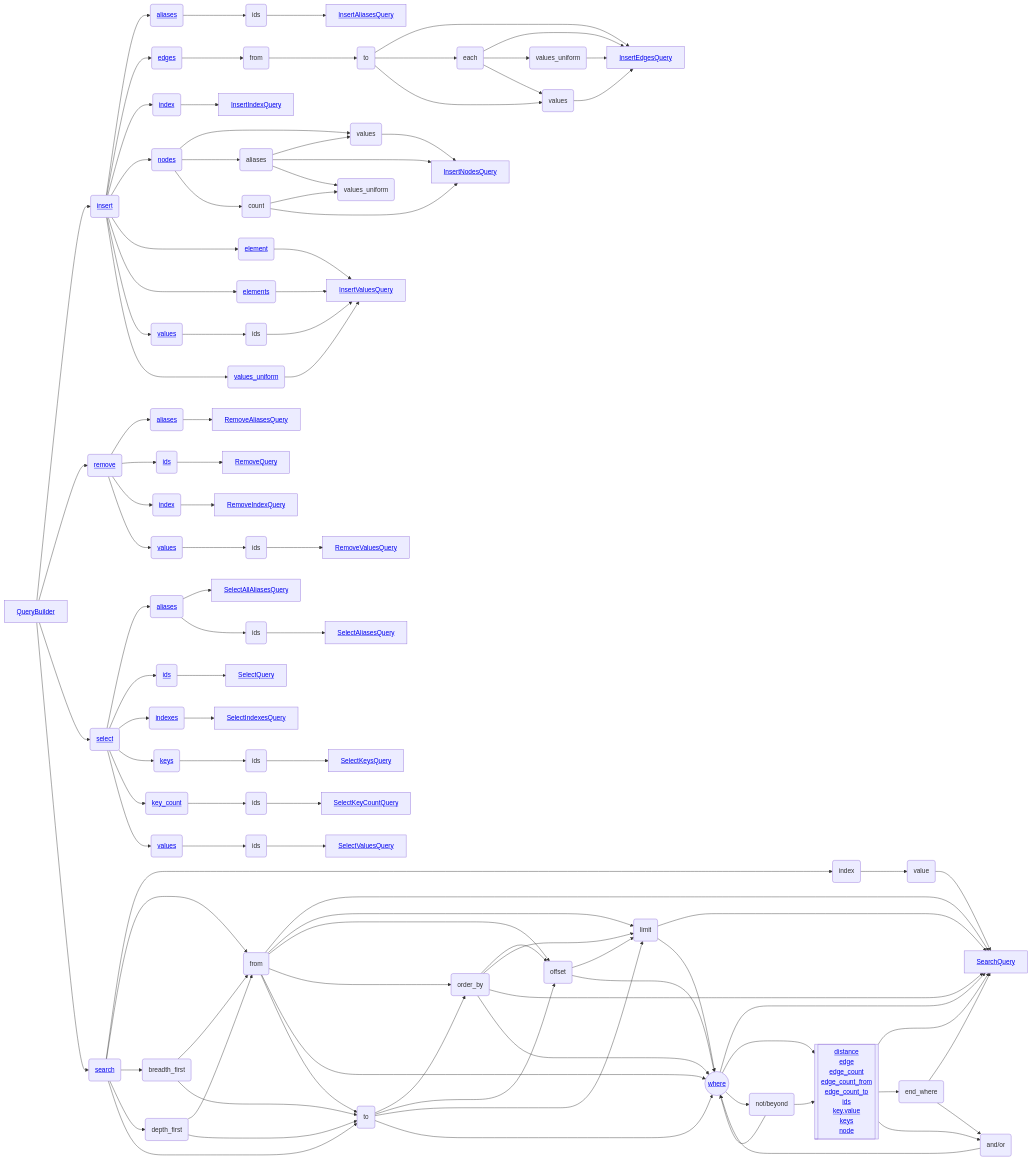
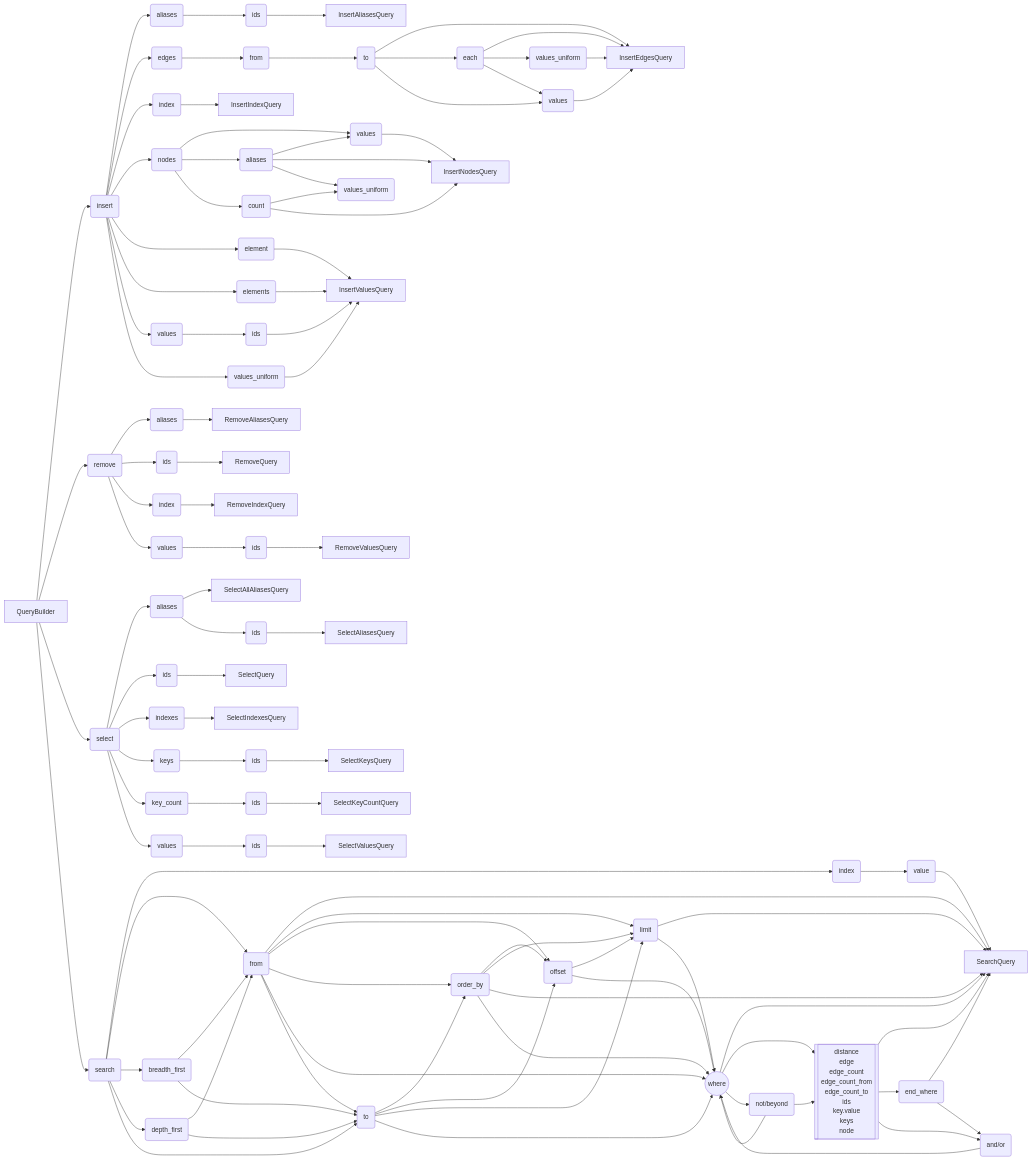
Before and after one commit to agnesoft/agdb: the diagram in docs/queries.md, drawn with Mermaid. The commit also changed other lines of this file and 1 other file, not shown here.

Commit message:
[docs] Fix mermaid links #1041 (#1043)
* fix diagram in readme

* add disclaimer

* Update README.md

* fix queries diagram

````diff
--- a/docs/queries.md
+++ b/docs/queries.md
@@ -3,46 +5,46 @@
 ```mermaid
 flowchart LR
 
-    QueryBuilder["<a href='https://docs.rs/agdb/latest/agdb/struct.QueryBuilder.html'>QueryBuilder</a>"] --> insert("<a href='https://github.com/agnesoft/agdb/blob/main/docs/queries.md#insert'>insert</a>")
-    QueryBuilder --> remove("<a href='https://github.com/agnesoft/agdb/blob/main/docs/queries.md#remove'>remove</a>")
-    QueryBuilder --> select("<a href='https://github.com/agnesoft/agdb/blob/main/docs/queries.md#select'>select</a>")
-    QueryBuilder --> search("<a href='https://github.com/agnesoft/agdb/blob/main/docs/queries.md#search'>search</a>")
+    QueryBuilder --> insert("insert")
+    QueryBuilder --> remove("remove")
+    QueryBuilder --> select("select")
+    QueryBuilder --> search("search")
 
-    insert --> i_aliases("<a href='https://github.com/agnesoft/agdb/blob/main/docs/queries.md#insert-aliases'>aliases</a>") --> i_a_ids("ids") --> InsertAliasesQuery["<a href='https://github.com/agnesoft/agdb/blob/main/docs/queries.md#insert-aliases'>InsertAliasesQuery</a>"]
-    insert --> i_edges("<a href='https://github.com/agnesoft/agdb/blob/main/docs/queries.md#insert-edges'>edges</a>") --> i_e_from("from") --> i_e_to("to") --> InsertEdgesQuery["<a href='https://github.com/agnesoft/agdb/blob/main/docs/queries.md#insert-edges'>InsertEdgesQuery</a>"]
+    insert --> i_aliases("aliases") --> i_a_ids("ids") --> InsertAliasesQuery["InsertAliasesQuery"]
+    insert --> i_edges("edges") --> i_e_from("from") --> i_e_to("to") --> InsertEdgesQuery["InsertEdgesQuery"]
     i_e_to --> each("each") --> InsertEdgesQuery
     i_e_to --> i_e_values("values")
     each --> i_e_values_uniform("values_uniform") --> InsertEdgesQuery
     each --> i_e_values("values") --> InsertEdgesQuery
-    insert --> i_index("<a href='https://github.com/agnesoft/agdb/blob/main/docs/queries.md#insert-index'>index</a>") --> InsertIndexQuery["<a href='https://github.com/agnesoft/agdb/blob/main/docs/queries.md#insert-index'>InsertIndexQuery</a>"]
-    insert --> i_nodes("<a href='https://github.com/agnesoft/agdb/blob/main/docs/queries.md#insert-nodes'>nodes</a>")
-    i_nodes --> i_n_values("values") --> InsertNodesQuery["<a href='https://github.com/agnesoft/agdb/blob/main/docs/queries.md#insert-nodes'>InsertNodesQuery</a>"]
+    insert --> i_index("index") --> InsertIndexQuery["InsertIndexQuery"]
+    insert --> i_nodes("nodes")
+    i_nodes --> i_n_values("values") --> InsertNodesQuery["InsertNodesQuery"]
     i_nodes --> i_n_aliases("aliases")
     i_n_count --> i_n_values_uniform("values_uniform")
     i_n_aliases --> i_n_values
     i_n_aliases --> InsertNodesQuery
     i_n_aliases --> i_n_values_uniform
     i_nodes --> i_n_count("count") --> InsertNodesQuery
-    insert --> i_element("<a href='https://github.com/agnesoft/agdb/blob/main/docs/queries.md#insert-values'>element</a>") --> InsertValuesQuery["<a href='https://github.com/agnesoft/agdb/blob/main/docs/queries.md#insert-values'>InsertValuesQuery</a>"]
-    insert --> i_elements("<a href='https://github.com/agnesoft/agdb/blob/main/docs/queries.md#insert-values'>elements</a>") --> InsertValuesQuery
-    insert --> i_values("<a href='https://github.com/agnesoft/agdb/blob/main/docs/queries.md#insert-values'>values</a>")
+    insert --> i_element("element") --> InsertValuesQuery["InsertValuesQuery"]
+    insert --> i_elements("elements") --> InsertValuesQuery
+    insert --> i_values("values")
     i_values --> i_v_ids("ids") --> InsertValuesQuery
-    insert --> i_values_uniform("<a href='https://github.com/agnesoft/agdb/blob/main/docs/queries.md#insert-values'>values_uniform</a>") --> InsertValuesQuery
+    insert --> i_values_uniform("values_uniform") --> InsertValuesQuery
 
-    remove --> r_aliases("<a href='https://github.com/agnesoft/agdb/blob/main/docs/queries.md#remove-aliases'>aliases</a>") --> RemoveAliasesQuery["<a href='https://github.com/agnesoft/agdb/blob/main/docs/queries.md#remove-aliases'>RemoveAliasesQuery</a>"]
-    remove --> r_ids("<a href='https://github.com/agnesoft/agdb/blob/main/docs/queries.md#remove-elements'>ids</a>") --> RemoveQuery["<a href='https://github.com/agnesoft/agdb/blob/main/docs/queries.md#remove-elements'>RemoveQuery</a>"]
-    remove --> r_index("<a href='https://github.com/agnesoft/agdb/blob/main/docs/queries.md#remove-index'>index</a>") --> RemoveIndexQuery["<a href='https://github.com/agnesoft/agdb/blob/main/docs/queries.md#remove-index'>RemoveIndexQuery</a>"]
-    remove --> r_values("<a href='https://github.com/agnesoft/agdb/blob/main/docs/queries.md#remove-values'>values</a>") --> r_v_ids("ids") --> RemoveValuesQuery["<a href='https://github.com/agnesoft/agdb/blob/main/docs/queries.md#remove-values'>RemoveValuesQuery</a>"]
+    remove --> r_aliases("aliases") --> RemoveAliasesQuery["RemoveAliasesQuery"]
+    remove --> r_ids("ids") --> RemoveQuery["RemoveQuery"]
+    remove --> r_index("index") --> RemoveIndexQuery["RemoveIndexQuery"]
+    remove --> r_values("values") --> r_v_ids("ids") --> RemoveValuesQuery["RemoveValuesQuery"]
 
-    select --> s_aliases("<a href='https://github.com/agnesoft/agdb/blob/main/docs/queries.md#select-aliases'>aliases</a>") --> SelectAllAliasesQuery["<a href='https://github.com/agnesoft/agdb/blob/main/docs/queries.md#select-all-aliases'>SelectAllAliasesQuery</a>"]
-    s_aliases --> s_a_ids("ids") --> SelectAliasesQuery["<a href='https://github.com/agnesoft/agdb/blob/main/docs/queries.md#select-aliases'>SelectAliasesQuery</a>"]
-    select --> s_ids("<a href='https://github.com/agnesoft/agdb/blob/main/docs/queries.md#select-elements'>ids</a>") --> SelectQuery["<a href='https://github.com/agnesoft/agdb/blob/main/docs/queries.md#select-elements'>SelectQuery</a>"]
-    select --> s_indexes("<a href='https://github.com/agnesoft/agdb/blob/main/docs/queries.md#select-indexes'>indexes</a>") --> SelectIndexesQuery["<a href='https://github.com/agnesoft/agdb/blob/main/docs/queries.md#select-indexes'>SelectIndexesQuery</a>"]
-    select --> s_keys("<a href='https://github.com/agnesoft/agdb/blob/main/docs/queries.md#select-keys'>keys</a>") --> s_k_ids("ids") --> SelectKeysQuery["<a href='https://github.com/agnesoft/agdb/blob/main/docs/queries.md#select-keys'>SelectKeysQuery</a>"]
-    select --> key_count("<a href='https://github.com/agnesoft/agdb/blob/main/docs/queries.md#select-key-count'>key_count</a>") --> s_k_c_ids("ids") --> SelectKeyCountQuery["<a href='https://github.com/agnesoft/agdb/blob/main/docs/queries.md#select-key-count'>SelectKeyCountQuery</a>"]
-    select --> values("<a href='https://github.com/agnesoft/agdb/blob/main/docs/queries.md#select-values'>values</a>") --> s_v_ids("ids") --> SelectValuesQuery["<a href='https://github.com/agnesoft/agdb/blob/main/docs/queries.md#select-values'>SelectValuesQuery</a>"]
+    select --> s_aliases("aliases") --> SelectAllAliasesQuery["SelectAllAliasesQuery"]
+    s_aliases --> s_a_ids("ids") --> SelectAliasesQuery["SelectAliasesQuery"]
+    select --> s_ids("ids") --> SelectQuery["SelectQuery"]
+    select --> s_indexes("indexes") --> SelectIndexesQuery["SelectIndexesQuery"]
+    select --> s_keys("keys") --> s_k_ids("ids") --> SelectKeysQuery["SelectKeysQuery"]
+    select --> key_count("key_count") --> s_k_c_ids("ids") --> SelectKeyCountQuery["SelectKeyCountQuery"]
+    select --> values("values") --> s_v_ids("ids") --> SelectValuesQuery["SelectValuesQuery"]
 
-    search --> index("index") --> s_i_value("value") --> SearchQuery["<a href='https://github.com/agnesoft/agdb/blob/main/docs/queries.md#search'>SearchQuery</a>"]
+    search --> index("index") --> s_i_value("value") --> SearchQuery["SearchQuery"]
     search --> from("from") --> SearchQuery
     from --> limit("limit") --> SearchQuery
     from --> offset("offset")
@@ -61,7 +63,7 @@
     search --> to
     depth_first --> to
     breadth_first --> to
-    to --> where(("<a href='https://github.com/agnesoft/agdb/blob/main/docs/queries.md#conditions'>where</a>"))
+    to --> where(("where"))
     order_by --> where
     offset --> where
     limit --> where
@@ -73,7 +75,54 @@
     condition --> end_where
     end_where --> logic
     where --> modifier("not/beyond")
-    modifier --> condition[["<a href='https://github.com/agnesoft/agdb/blob/main/docs/queries.md#conditions'>distance<br/>edge<br/>edge_count<br/>edge_count_from<br/>edge_count_to<br/>ids<br/>key.value<br/>keys<br/>node</a>"]]
+    modifier --> condition[["distance<br/>edge<br/>edge_count<br/>edge_count_from<br/>edge_count_to<br/>ids<br/>key.value<br/>keys<br/>node"]]
     condition --> logic("and/or")
     logic --> where
+
+    click QueryBuilder "https://docs.rs/agdb/latest/agdb/struct.QueryBuilder.html"
+    click insert "https://github.com/agnesoft/agdb/blob/main/docs/queries.md#insert"
+    click remove "https://github.com/agnesoft/agdb/blob/main/docs/queries.md#remove"
+    click select "https://github.com/agnesoft/agdb/blob/main/docs/queries.md#select"
+    click search "https://github.com/agnesoft/agdb/blob/main/docs/queries.md#search"
+
+    click i_aliases "https://github.com/agnesoft/agdb/blob/main/docs/queries.md#insert-aliases"
+    click InsertAliasesQuery "https://github.com/agnesoft/agdb/blob/main/docs/queries.md#insert-aliases"
+    click i_edges "https://github.com/agnesoft/agdb/blob/main/docs/queries.md#insert-edges"
+    click InsertEdgesQuery "https://github.com/agnesoft/agdb/blob/main/docs/queries.md#insert-edges"
+    click i_index "https://github.com/agnesoft/agdb/blob/main/docs/queries.md#insert-index"
+    click InsertIndexQuery "https://github.com/agnesoft/agdb/blob/main/docs/queries.md#insert-index"
+    click i_nodes "https://github.com/agnesoft/agdb/blob/main/docs/queries.md#insert-nodes"
+    click InsertNodesQuery "https://github.com/agnesoft/agdb/blob/main/docs/queries.md#insert-nodes"
+    click i_element "https://github.com/agnesoft/agdb/blob/main/docs/queries.md#insert-values"
+    click InsertValuesQuery "https://github.com/agnesoft/agdb/blob/main/docs/queries.md#insert-values"
+    click i_elements "https://github.com/agnesoft/agdb/blob/main/docs/queries.md#insert-values"
+    click i_values "https://github.com/agnesoft/agdb/blob/main/docs/queries.md#insert-values"
+    click i_values_uniform "https://github.com/agnesoft/agdb/blob/main/docs/queries.md#insert-values"
+
+    click r_aliases "https://github.com/agnesoft/agdb/blob/main/docs/queries.md#remove-aliases"
+    click RemoveAliasesQuery "https://github.com/agnesoft/agdb/blob/main/docs/queries.md#remove-aliases"
+    click r_ids "https://github.com/agnesoft/agdb/blob/main/docs/queries.md#remove-elements"
+    click RemoveQuery "https://github.com/agnesoft/agdb/blob/main/docs/queries.md#remove-elements"
+    click r_index "https://github.com/agnesoft/agdb/blob/main/docs/queries.md#remove-index"
+    click RemoveIndexQuery "https://github.com/agnesoft/agdb/blob/main/docs/queries.md#remove-index"
+    click r_values "https://github.com/agnesoft/agdb/blob/main/docs/queries.md#remove-values"
+    click RemoveValuesQuery "https://github.com/agnesoft/agdb/blob/main/docs/queries.md#remove-values"
+
+    click s_aliases "https://github.com/agnesoft/agdb/blob/main/docs/queries.md#select-aliases"
+    click SelectAllAliasesQuery "https://github.com/agnesoft/agdb/blob/main/docs/queries.md#select-all-aliases"
+    click SelectAliasesQuery "https://github.com/agnesoft/agdb/blob/main/docs/queries.md#select-aliases"
+    click s_ids "https://github.com/agnesoft/agdb/blob/main/docs/queries.md#select-elements"
+    click SelectQuery "https://github.com/agnesoft/agdb/blob/main/docs/queries.md#select-elements"
+    click s_indexes "https://github.com/agnesoft/agdb/blob/main/docs/queries.md#select-indexes"
+    click SelectIndexesQuery "https://github.com/agnesoft/agdb/blob/main/docs/queries.md#select-indexes"
+    click s_keys "https://github.com/agnesoft/agdb/blob/main/docs/queries.md#select-keys"
+    click SelectKeysQuery "https://github.com/agnesoft/agdb/blob/main/docs/queries.md#select-keys"
+    click key_count "https://github.com/agnesoft/agdb/blob/main/docs/queries.md#select-key-count"
+    click SelectKeyCountQuery "https://github.com/agnesoft/agdb/blob/main/docs/queries.md#select-key-count"
+    click values "https://github.com/agnesoft/agdb/blob/main/docs/queries.md#select-values"
+    click SelectValuesQuery "https://github.com/agnesoft/agdb/blob/main/docs/queries.md#select-values"
+
+    click SearchQuery "https://github.com/agnesoft/agdb/blob/main/docs/queries.md#search"
+    click where "https://github.com/agnesoft/agdb/blob/main/docs/queries.md#conditions"
+    click condition "https://github.com/agnesoft/agdb/blob/main/docs/queries.md#conditions"
 ```
````
